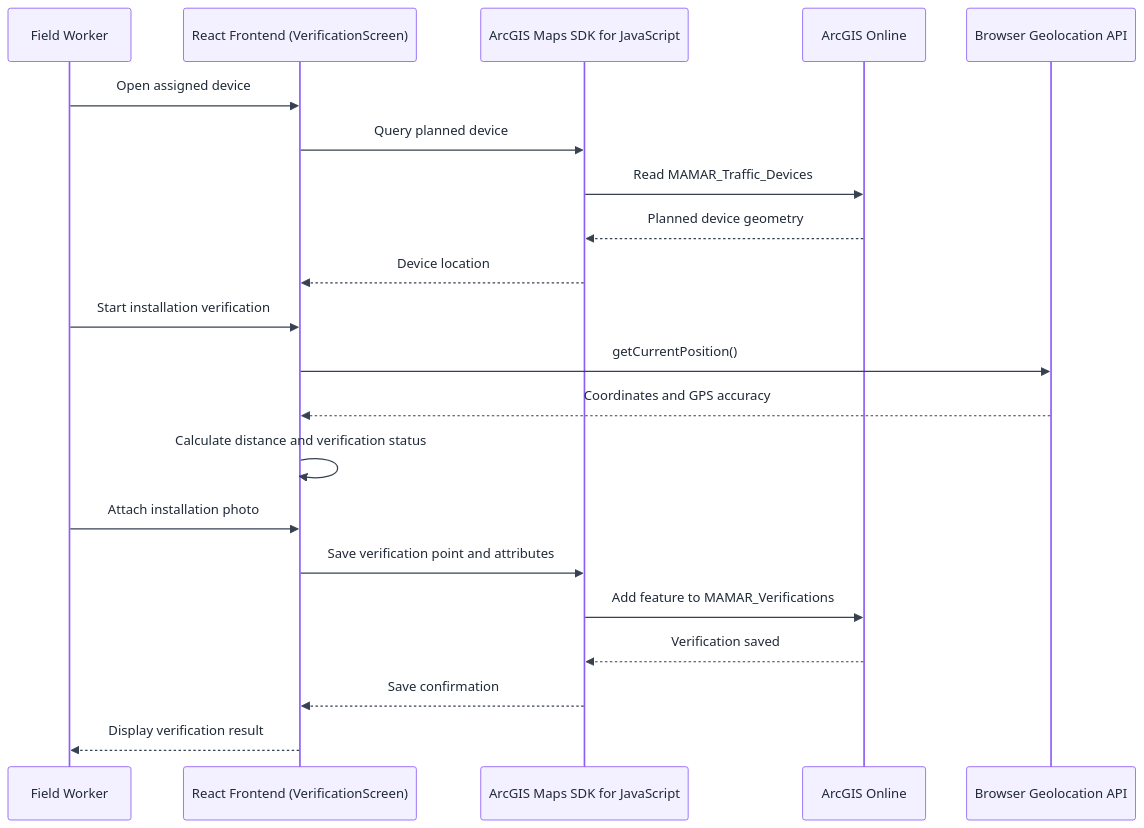
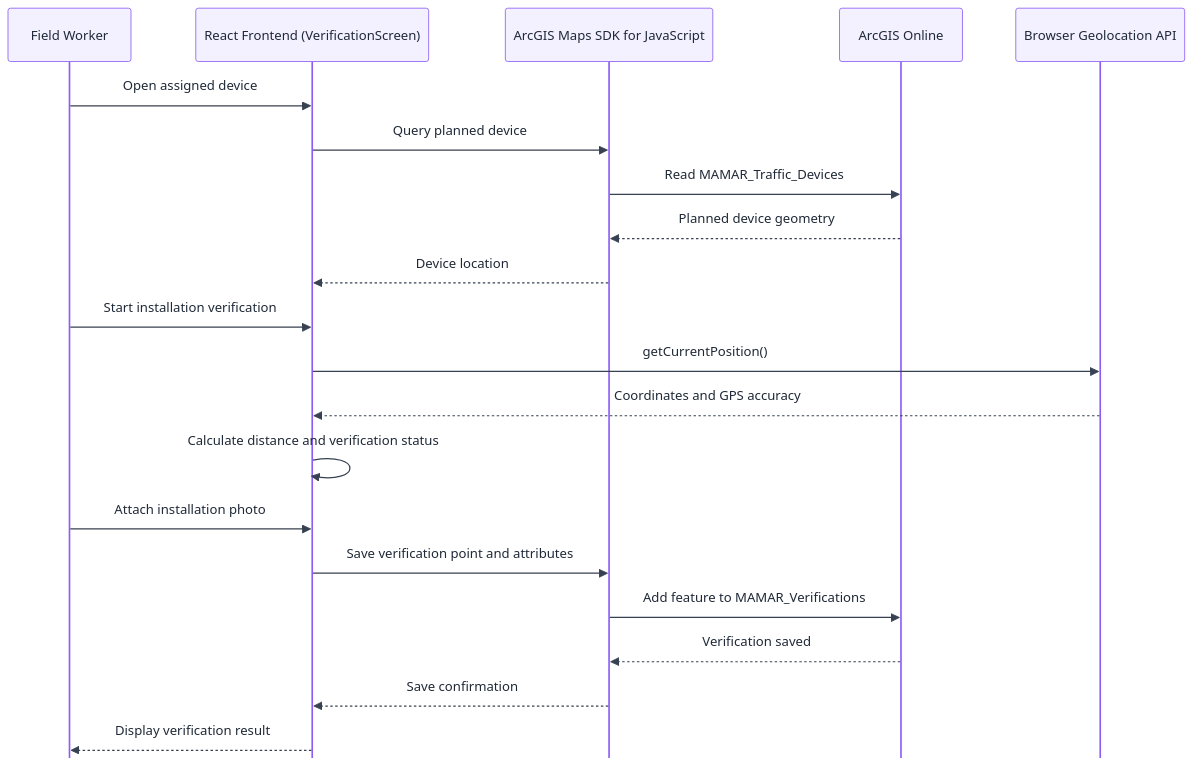
One commit to janaalhazmi/MAMAR changed the sixth of 6 diagrams in Stage 3: Technical Documentation/README.md. Above: the diagram before and after it, drawn with Mermaid. The commit also changed other lines of this file, not shown here.

Commit message:
Polish and standardize Stage 3 Mermaid diagrams

````diff
--- a/Stage 3: Technical Documentation/README.md
+++ b/Stage 3: Technical Documentation/README.md
@@ -660,24 +664,24 @@
 ```mermaid
-%%{init: {"theme": "base", "themeVariables": {"background": "#FFFFFF", "primaryColor": "#F3F0FF", "primaryTextColor": "#1F2937", "primaryBorderColor": "#8B5CF6", "lineColor": "#374151", "secondaryColor": "#F3F0FF", "tertiaryColor": "#FFFFFF", "actorBkg": "#F3F0FF", "actorBorder": "#8B5CF6", "actorTextColor": "#1F2937", "signalColor": "#374151", "signalTextColor": "#1F2937", "labelBoxBkgColor": "#F3F0FF", "labelBoxBorderColor": "#8B5CF6", "noteBkgColor": "#F3F0FF", "noteBorderColor": "#8B5CF6", "fontFamily": "Arial", "fontSize": "14px"}}}%%
+%%{init: {"theme":"base","themeVariables":{"background":"#FFFFFF","primaryColor":"#F3F0FF","primaryTextColor":"#1F2937","primaryBorderColor":"#8B5CF6","lineColor":"#374151","secondaryColor":"#F3F0FF","tertiaryColor":"#FFFFFF","actorBkg":"#F3F0FF","actorBorder":"#8B5CF6","actorTextColor":"#1F2937","signalColor":"#374151","signalTextColor":"#1F2937","labelBoxBkgColor":"#F3F0FF","labelBoxBorderColor":"#8B5CF6","noteBkgColor":"#F3F0FF","noteBorderColor":"#8B5CF6","fontFamily":"Arial, sans-serif","fontSize":"16px"},"sequence":{"actorFontSize":16,"messageFontSize":15,"noteFontSize":15,"actorMargin":65,"messageMargin":35,"mirrorActors":false}}}%%
 sequenceDiagram
     participant W as Field Worker
     participant R as React Frontend (VerificationScreen)
     participant S as ArcGIS Maps SDK for JavaScript
     participant A as ArcGIS Online
     participant G as Browser Geolocation API
     W->>R: Open assigned device
     R->>S: Query planned device
     S->>A: Read MAMAR_Traffic_Devices
     A-->>S: Planned device geometry
     S-->>R: Device location
     W->>R: Start installation verification
     R->>G: getCurrentPosition()
     G-->>R: Coordinates and GPS accuracy
     R->>R: Calculate distance and verification status
     W->>R: Attach installation photo
     R->>S: Save verification point and attributes
     S->>A: Add feature to MAMAR_Verifications
     A-->>S: Verification saved
     S-->>R: Save confirmation
     R-->>W: Display verification result
 ```
````
